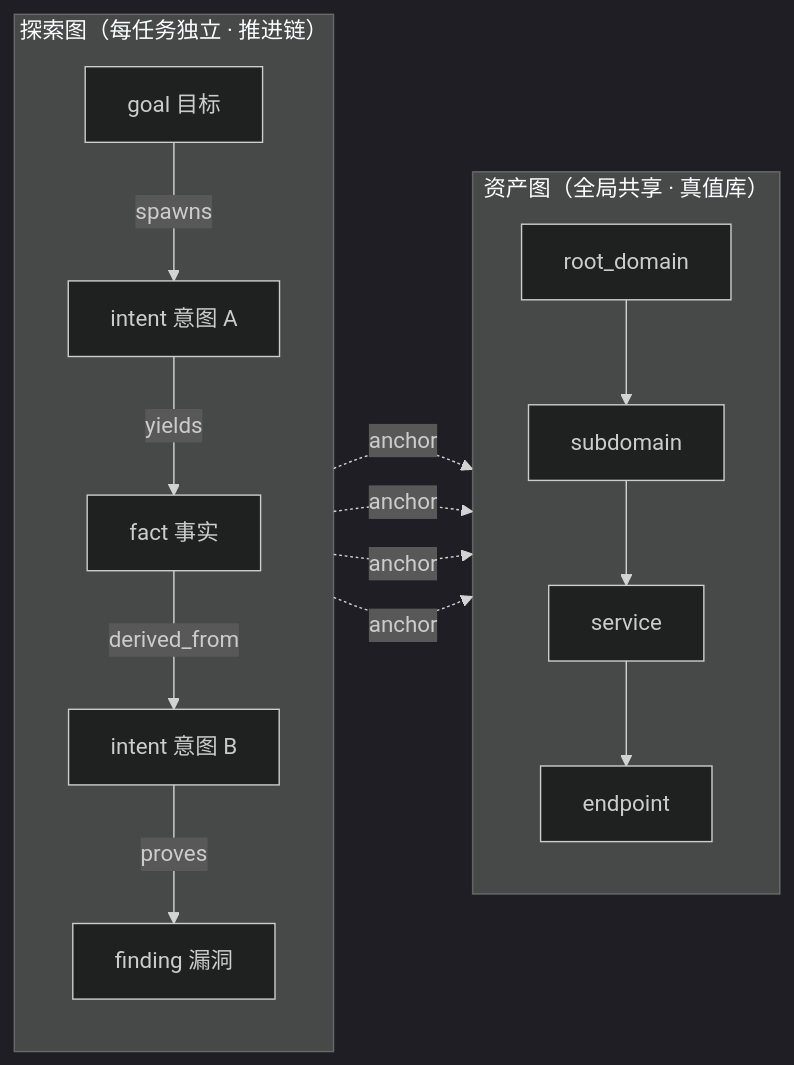
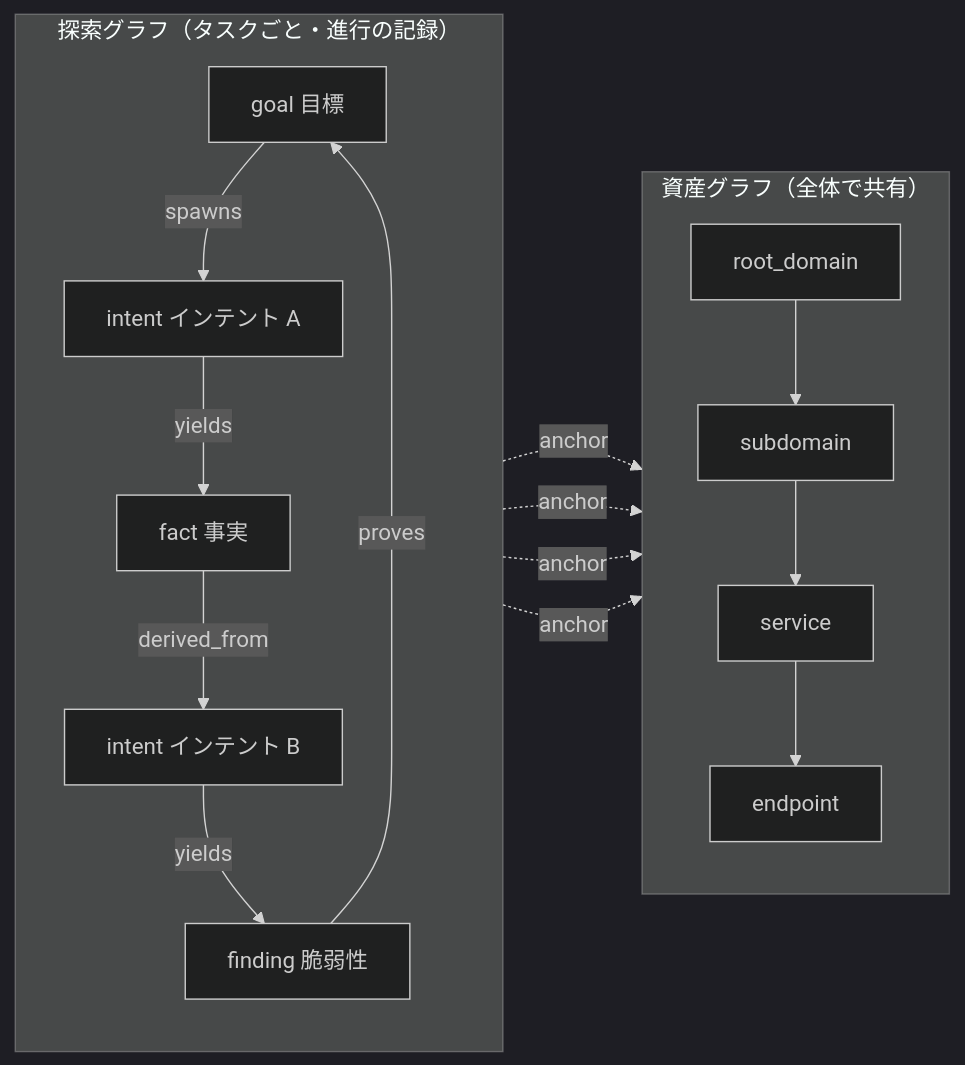
The second of 5 diagrams in README.md (hara-kazu/ARTEX-Japanese), drawn with Mermaid (dark theme) before and after one commit. The commit also changed other lines of this file and 139 other files, not shown here.

````diff
--- a/README.md
+++ b/README.md
@@ -366,27 +429,28 @@
 ```mermaid
 flowchart LR
-  subgraph EG["探索图（每任务独立 · 推进链）"]
+  subgraph EG["探索グラフ（タスクごと・進行の記録）"]
     direction TB
-    G["goal 目标"]
-    I1["intent 意图 A"]
-    F1["fact 事实"]
-    I2["intent 意图 B"]
-    FD["finding 漏洞"]
+    G["goal 目標"]
+    I1["intent インテント A"]
+    F1["fact 事実"]
+    I2["intent インテント B"]
+    FD["finding 脆弱性"]
     G -->|spawns| I1
     I1 -->|yields| F1
     F1 -->|derived_from| I2
-    I2 -->|proves| FD
+    I2 -->|yields| FD
+    FD -->|proves| G
   end
-  subgraph AG["资产图（全局共享 · 真值库）"]
+  subgraph AG["資産グラフ（全体で共有）"]
     direction TB
     RD["root_domain"]
     SD["subdomain"]
     SV["service"]
     EP["endpoint"]
     RD --> SD --> SV --> EP
   end
   I1 -. anchor .-> SD
   F1 -. anchor .-> SV
   I2 -. anchor .-> EP
   FD -. anchor .-> EP
 ```
````
